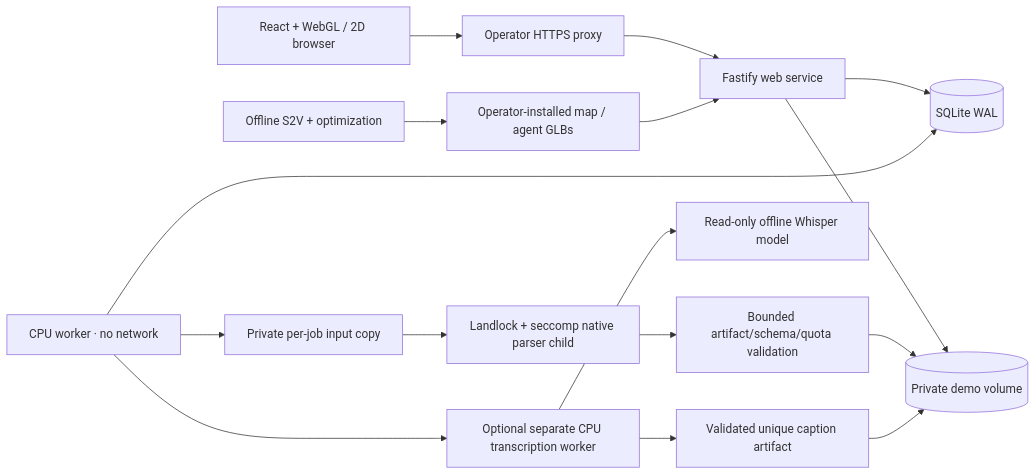
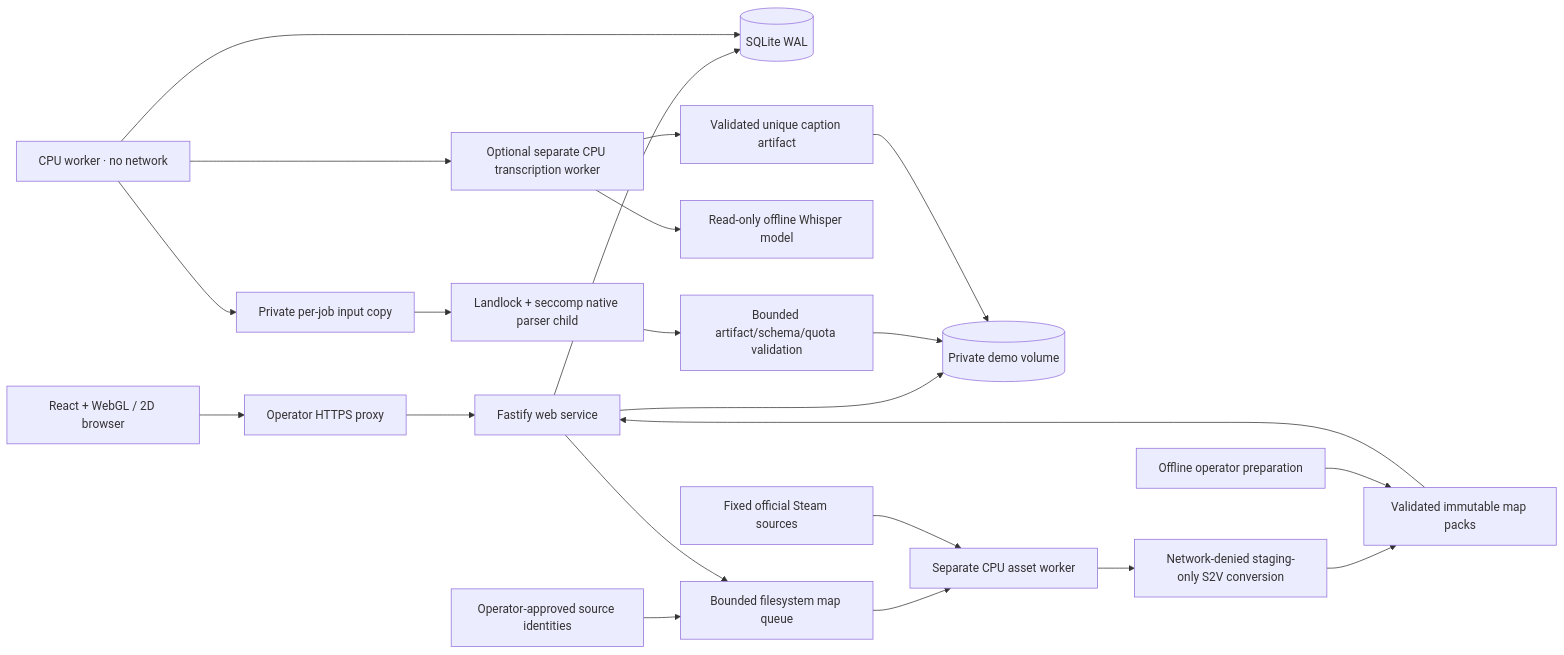
Before and after one commit to Buco7854/cswatch: the diagram in docs/ARCHITECTURE.md, drawn with Mermaid. The commit also changed other lines of this file and 122 other files, not shown here.

Commit message:
Animate native agents and isolate approved official map preparation

````diff
--- a/docs/ARCHITECTURE.md
+++ b/docs/ARCHITECTURE.md
@@ -5,18 +5,24 @@
 ```mermaid
 flowchart LR
  Browser[React + WebGL / 2D browser] --> Proxy[Operator HTTPS proxy]
  Proxy --> Web[Fastify web service]
  Web --> DB[(SQLite WAL)]
  Web --> Files[(Private demo volume)]
  Worker[CPU worker · no network] --> DB
  Worker --> Job[Private per-job input copy]
  Job --> Parser[Landlock + seccomp native parser child]
  Parser --> Validate[Bounded artifact/schema/quota validation]
  Validate --> Files
  Worker --> Speech[Optional separate CPU transcription worker]
  Speech --> Model[Read-only offline Whisper model]
  Speech --> Captions[Validated unique caption artifact]
  Captions --> Files
- S2V[Offline S2V + optimization] --> Maps[Operator-installed map / agent GLBs]
+ Catalog[Operator-approved source identities] --> AssetQueue[Bounded filesystem map queue]
+ Web --> AssetQueue
+ AssetQueue --> AssetWorker[Separate CPU asset worker]
+ Steam[Fixed official Steam sources] --> AssetWorker
+ AssetWorker --> Convert[Network-denied staging-only S2V conversion]
+ Convert --> Maps[Validated immutable map packs]
+ S2V[Offline operator preparation] --> Maps
  Maps --> Web
 ```
````
